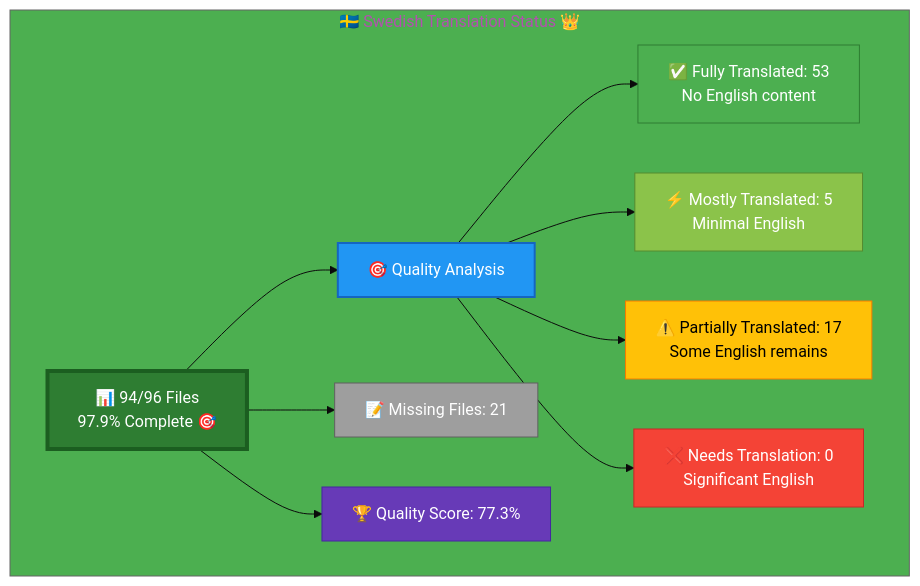
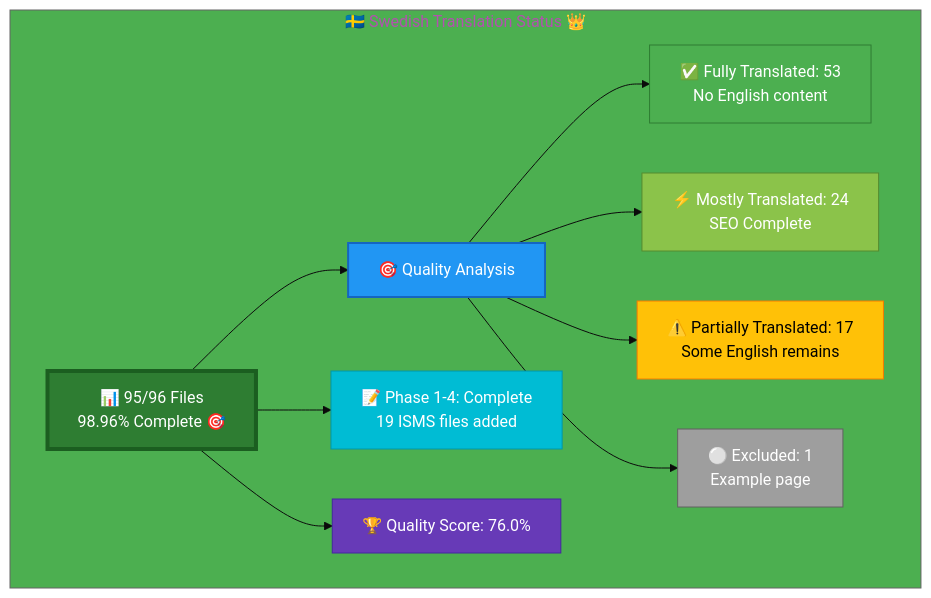
One commit to Hack23/homepage changed the diagram in Swedish-Translation-Status.md. Above: the diagram before and after it, drawn with Mermaid. The commit also changed other lines of this file, not shown here.

Commit message:
Update Swedish-Translation-Status.md with Phase 5 completion details

````diff
--- a/Swedish-Translation-Status.md
+++ b/Swedish-Translation-Status.md
@@ -13,26 +13,26 @@
 ```mermaid
 %%{init: {'theme':'base', 'themeVariables': {'primaryColor':'#2E7D32','secondaryColor':'#2196F3','tertiaryColor':'#4CAF50','fontSize':'16px'}}}%%
 graph TB
     subgraph "🇸🇪 Swedish Translation Status 👑"
-        A["📊 94/96 Files<br/>97.9% Complete 🎯"]
+        A["📊 95/96 Files<br/>98.96% Complete 🎯"]
         
         A --> B["🎯 Quality Analysis"]
         B --> C["✅ Fully Translated: 53<br/>No English content"]
-        B --> D["⚡ Mostly Translated: 5<br/>Minimal English"]
+        B --> D["⚡ Mostly Translated: 24<br/>SEO Complete"]
         B --> E["⚠️  Partially Translated: 17<br/>Some English remains"]
-        B --> F["❌ Needs Translation: 0<br/>Significant English"]
+        B --> F["⚪ Excluded: 1<br/>Example page"]
         
-        A --> G["📝 Missing Files: 21"]
+        A --> G["📝 Phase 1-4: Complete<br/>19 ISMS files added"]
         
-        A --> H["🏆 Quality Score: 77.3%"]
+        A --> H["🏆 Quality Score: 76.0%"]
         
         style A fill:#2E7D32,stroke:#1B5E20,color:#fff,stroke-width:4px
         style B fill:#2196F3,stroke:#1565C0,color:#fff,stroke-width:2px
         style C fill:#4CAF50,stroke:#2E7D32,color:#fff
         style D fill:#8BC34A,stroke:#558B2F,color:#fff
         style E fill:#FFC107,stroke:#F57C00,color:#000
-        style F fill:#F44336,stroke:#C62828,color:#fff
-        style G fill:#9E9E9E,stroke:#616161,color:#fff
+        style F fill:#9E9E9E,stroke:#616161,color:#fff
+        style G fill:#00BCD4,stroke:#0097A7,color:#fff
         style H fill:#673AB7,stroke:#4527A0,color:#fff
     end
 ```
````
